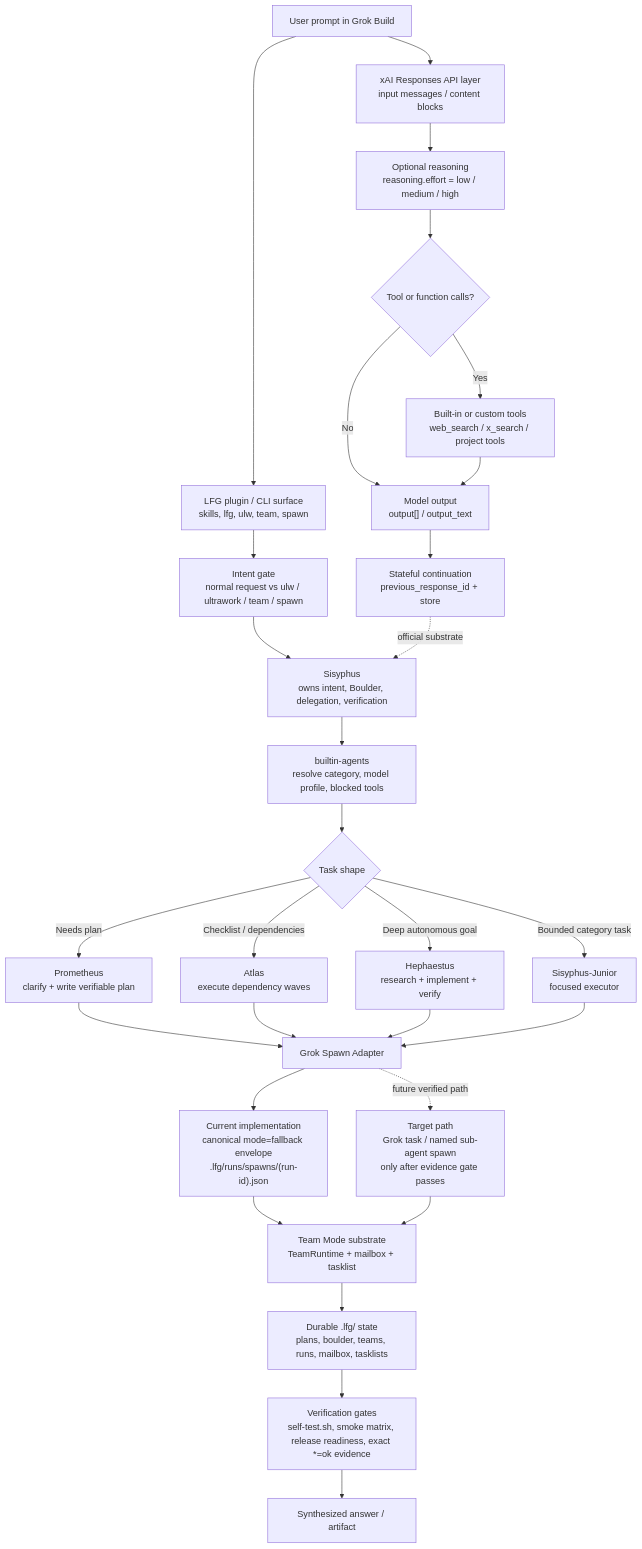
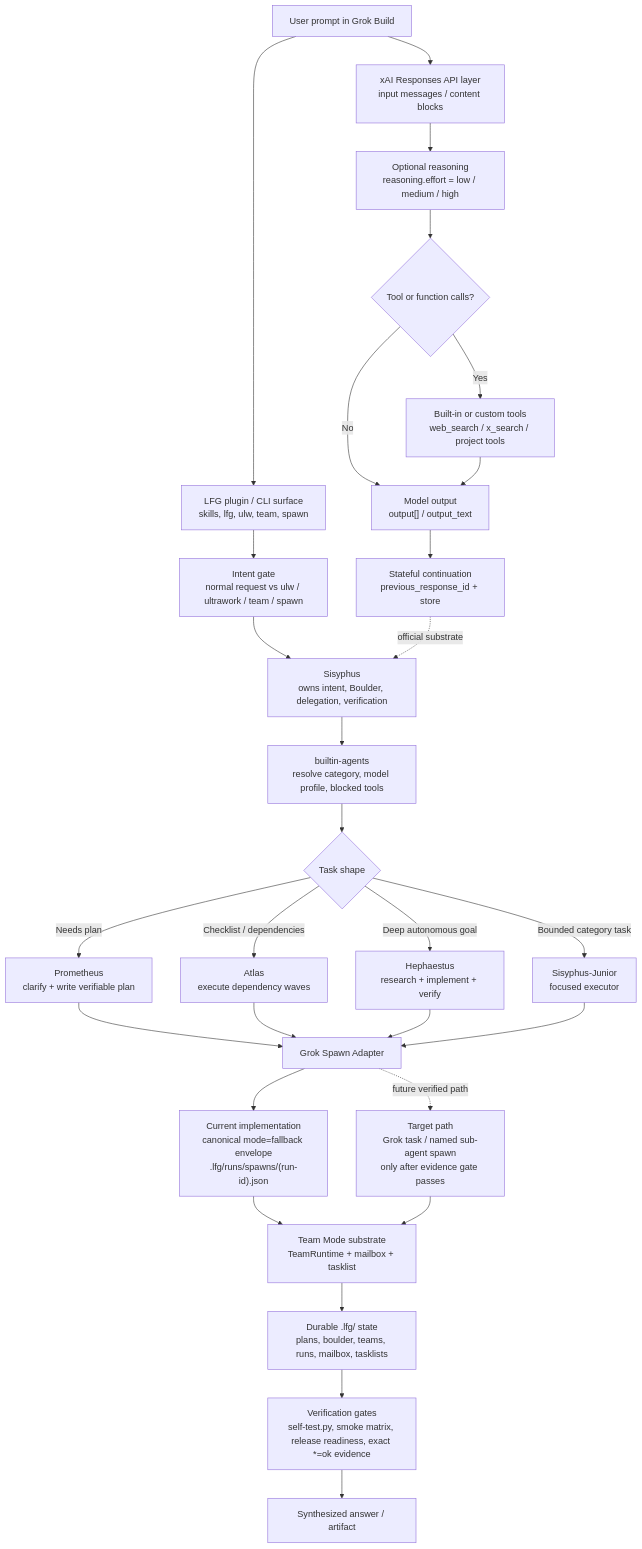
Before and after one commit to islee23520/lfg: the diagram in docs/GROK-BUILD-PROMPT-STAGES.md, drawn with Mermaid. The commit also changed other lines of this file and 34 other files, not shown here.

````diff
--- a/docs/GROK-BUILD-PROMPT-STAGES.md
+++ b/docs/GROK-BUILD-PROMPT-STAGES.md
@@ -15,35 +15,35 @@
 ```mermaid
 flowchart TD
     U["User prompt in Grok Build"] --> XAI_IN["xAI Responses API layer<br/>input messages / content blocks"]
     XAI_IN --> XAI_REASON["Optional reasoning<br/>reasoning.effort = low / medium / high"]
     XAI_REASON --> XAI_TOOLS{"Tool or function calls?"}
     XAI_TOOLS -->|Yes| XAI_TOOL_RUN["Built-in or custom tools<br/>web_search / x_search / project tools"]
     XAI_TOOLS -->|No| XAI_OUT["Model output<br/>output[] / output_text"]
     XAI_TOOL_RUN --> XAI_OUT
     XAI_OUT --> STATEFUL["Stateful continuation<br/>previous_response_id + store"]
 
     U --> LFG_ENTRY["LFG plugin / CLI surface<br/>skills, lfg, ulw, team, spawn"]
     LFG_ENTRY --> INTENT["Intent gate<br/>normal request vs ulw / ultrawork / team / spawn"]
     INTENT --> SIS["Sisyphus<br/>owns intent, Boulder, delegation, verification"]
     SIS --> POLICY["builtin-agents<br/>resolve category, model profile, blocked tools"]
     POLICY --> ROUTE{"Task shape"}
     ROUTE -->|Needs plan| PROM["Prometheus<br/>clarify + write verifiable plan"]
     ROUTE -->|Checklist / dependencies| ATLAS["Atlas<br/>execute dependency waves"]
     ROUTE -->|Deep autonomous goal| HEPH["Hephaestus<br/>research + implement + verify"]
     ROUTE -->|Bounded category task| JUNIOR["Sisyphus-Junior<br/>focused executor"]
 
     PROM --> SPAWN["Grok Spawn Adapter"]
     ATLAS --> SPAWN
     HEPH --> SPAWN
     JUNIOR --> SPAWN
     SPAWN --> FALLBACK["Current implementation<br/>canonical mode=fallback envelope<br/>.lfg/runs/spawns/(run-id).json"]
     SPAWN -. future verified path .-> NATIVE["Target path<br/>Grok task / named sub-agent spawn<br/>only after evidence gate passes"]
 
     FALLBACK --> TEAM["Team Mode substrate<br/>TeamRuntime + mailbox + tasklist"]
     NATIVE --> TEAM
     TEAM --> DURABLE["Durable .lfg/ state<br/>plans, boulder, teams, runs, mailbox, tasklists"]
-    DURABLE --> VERIFY["Verification gates<br/>self-test.sh, smoke matrix, release readiness, exact *=ok evidence"]
+    DURABLE --> VERIFY["Verification gates<br/>self-test.py, smoke matrix, release readiness, exact *=ok evidence"]
     VERIFY --> FINAL["Synthesized answer / artifact"]
 
     STATEFUL -. official substrate .-> SIS
 ```
````
